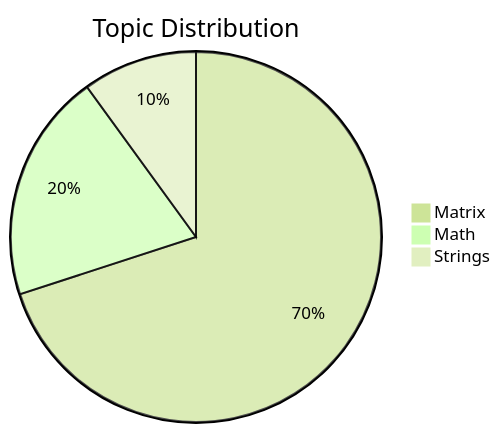
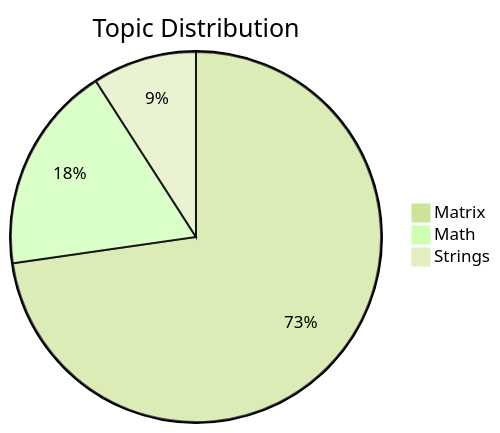
The second of 2 diagrams in README.md (PrasannaTheBest/60-Days-Hell-Period), drawn with Mermaid (forest theme) before and after one commit. The commit also changed other lines of this file, not shown here.

````diff
--- a/README.md
+++ b/README.md
@@ -73,6 +73,6 @@
 ```mermaid
 pie title Topic Distribution
-    "Matrix" : 7
+    "Matrix" : 8
     "Math" : 2
     "Strings" : 1
 ```
````
